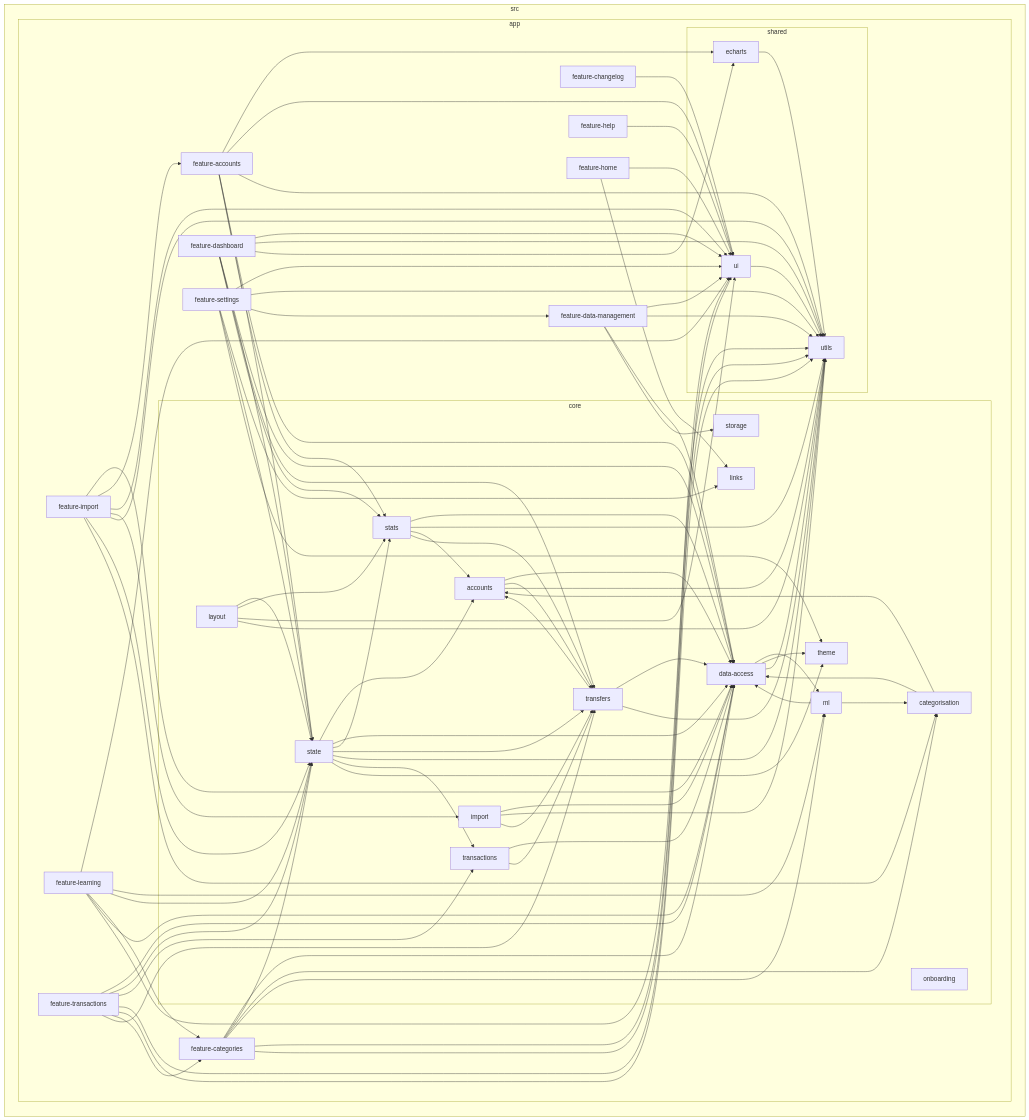
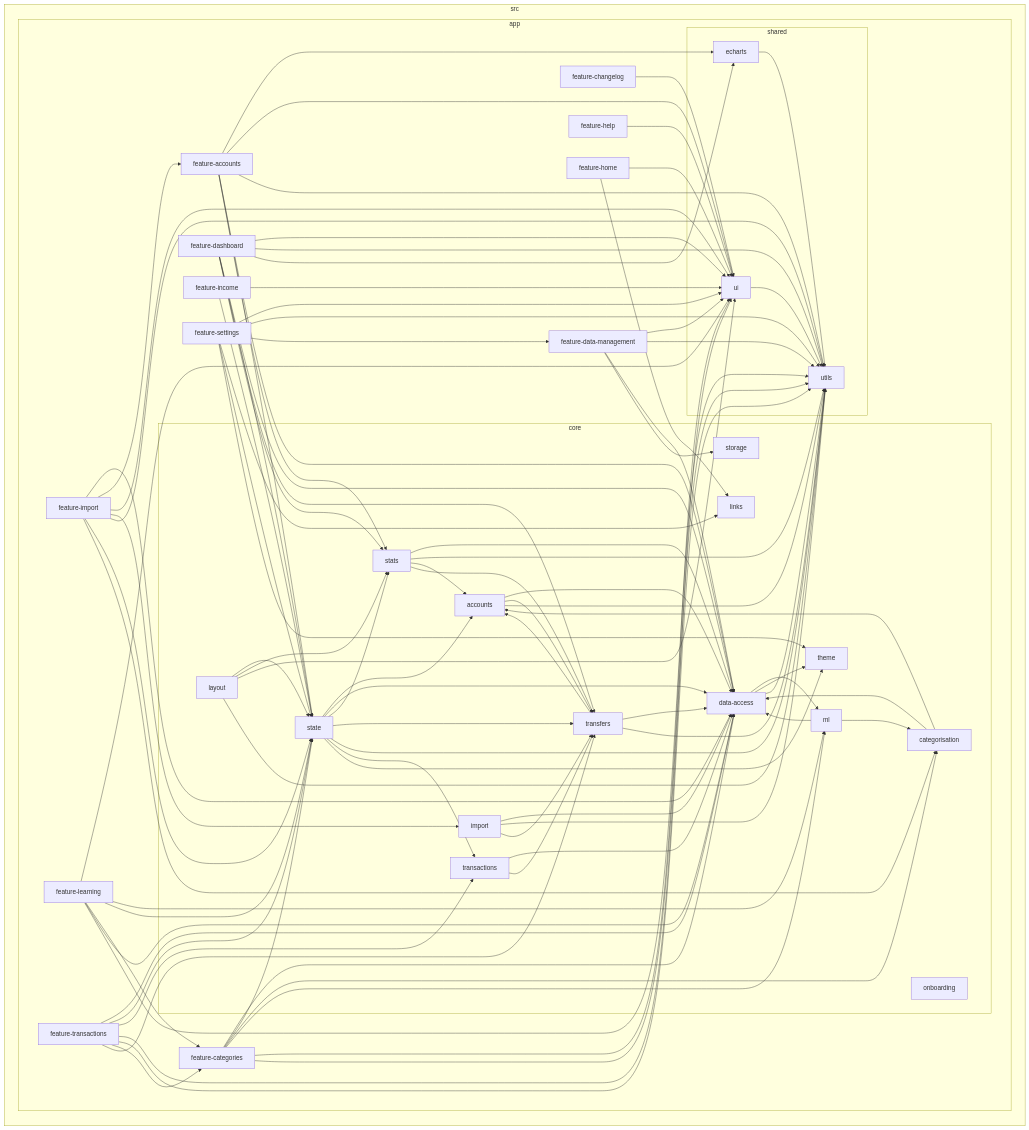
Before and after one commit to kevhauma/money-mosaic-v2: the diagram in reports/dependency-graph.mmd, drawn with Mermaid. The commit also changed 18 other files, not shown here.

```diff
--- a/reports/dependency-graph.mmd
+++ b/reports/dependency-graph.mmd
@@ -1,126 +1,129 @@
 flowchart LR
 
 subgraph 0["src"]
 subgraph 1["app"]
 subgraph 2["core"]
 3["accounts"]
 4["categorisation"]
 5["data-access"]
 6["import"]
 7["layout"]
 8["links"]
 9["ml"]
 A["onboarding"]
 B["state"]
 C["stats"]
 D["storage"]
 E["theme"]
 F["transactions"]
 G["transfers"]
 end
 H["feature-accounts"]
 I["feature-categories"]
 J["feature-changelog"]
 K["feature-dashboard"]
 L["feature-data-management"]
 M["feature-help"]
 N["feature-home"]
 O["feature-import"]
-P["feature-learning"]
-Q["feature-settings"]
-R["feature-transactions"]
-subgraph S["shared"]
-T["echarts"]
-U["ui"]
-V["utils"]
+P["feature-income"]
+Q["feature-learning"]
+R["feature-settings"]
+S["feature-transactions"]
+subgraph T["shared"]
+U["echarts"]
+V["ui"]
+W["utils"]
 end
 end
 end
 3-->5
 3-->G
-3-->V
+3-->W
 4-->5
 4-->3
 5-->9
 5-->E
-5-->V
+5-->W
 6-->5
-6-->V
+6-->W
 6-->G
 7-->B
 7-->C
-7-->U
 7-->V
+7-->W
 9-->4
 9-->5
 B-->3
 B-->5
 B-->C
 B-->G
-B-->V
+B-->W
 B-->F
 B-->E
 C-->5
-C-->V
+C-->W
 C-->3
 C-->G
 F-->5
 F-->G
 G-->5
 G-->3
-G-->V
+G-->W
 H-->5
-H-->T
+H-->U
 H-->B
-H-->U
 H-->V
+H-->W
 H-->C
 I-->5
 I-->B
-I-->U
 I-->V
+I-->W
 I-->4
 I-->9
-J-->U
+J-->V
 K-->5
 K-->B
-K-->U
 K-->V
+K-->W
 K-->G
 K-->C
-K-->T
+K-->U
 L-->5
 L-->D
-L-->U
 L-->V
-M-->U
+L-->W
+M-->V
 N-->8
-N-->U
+N-->V
 O-->5
 O-->H
-O-->U
+O-->V
 O-->6
-O-->V
+O-->W
 O-->B
 O-->4
-P-->U
-P-->9
+P-->V
 P-->B
-P-->I
-P-->5
-P-->V
-Q-->U
-Q-->8
+Q-->V
+Q-->9
 Q-->B
-Q-->V
-Q-->L
-Q-->E
-R-->5
+Q-->I
+Q-->5
+Q-->W
+R-->V
+R-->8
 R-->B
-R-->F
-R-->U
-R-->V
-R-->I
-R-->G
-T-->V
-U-->V
+R-->W
+R-->L
+R-->E
+S-->5
+S-->B
+S-->F
+S-->V
+S-->W
+S-->I
+S-->G
+U-->W
+V-->W
```
